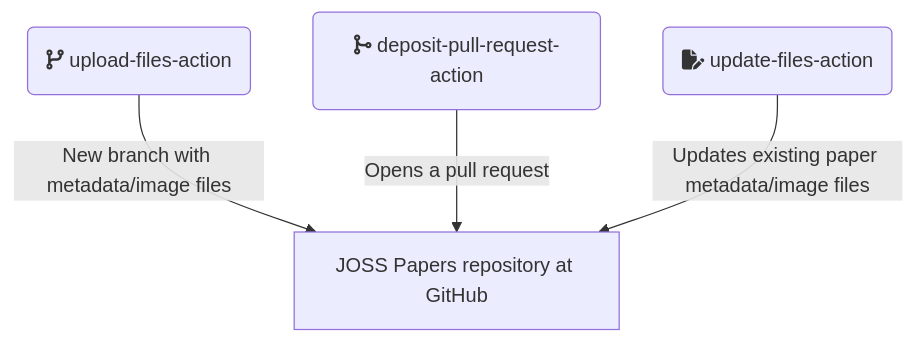
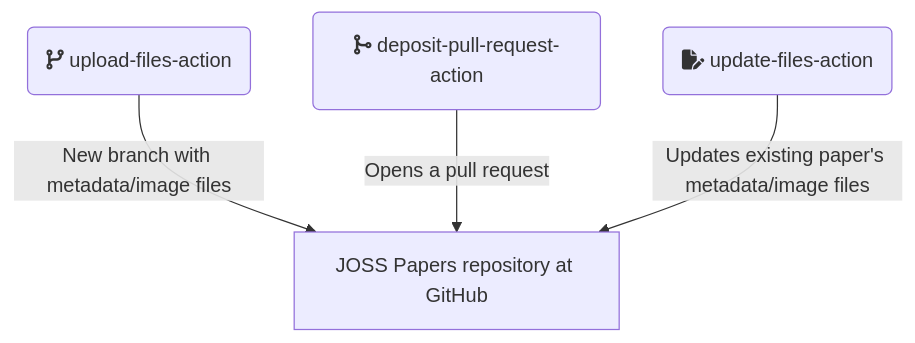
The second of 6 diagrams in github-actions.md (openjournals/joss-infra-docs), drawn with Mermaid before and after one commit. The commit also changed other lines of this file, not shown here.

````diff
--- a/github-actions.md
+++ b/github-actions.md
@@ -65,12 +69,12 @@
 ```mermaid
 flowchart TD
   UPLOAD(fa:fa-code-branch upload-files-action)
   PR(fa:fa-code-merge deposit-pull-request-action)
   UPDATE(fa:fa-file-edit update-files-action)
    
   PapersRepo[JOSS Papers repository at GitHub]
 
   UPLOAD --> |New branch with metadata/image files| PapersRepo
   PR --> |Opens a pull request| PapersRepo
-  UPDATE --> |Updates existing paper metadata/image files| PapersRepo
+  UPDATE --> |Updates existing paper's metadata/image files| PapersRepo
 ```
````
